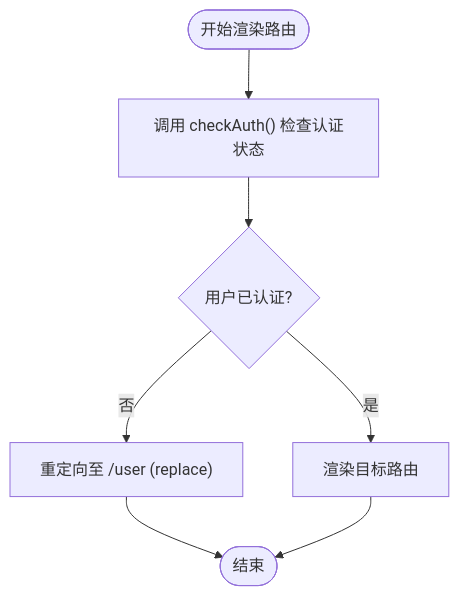
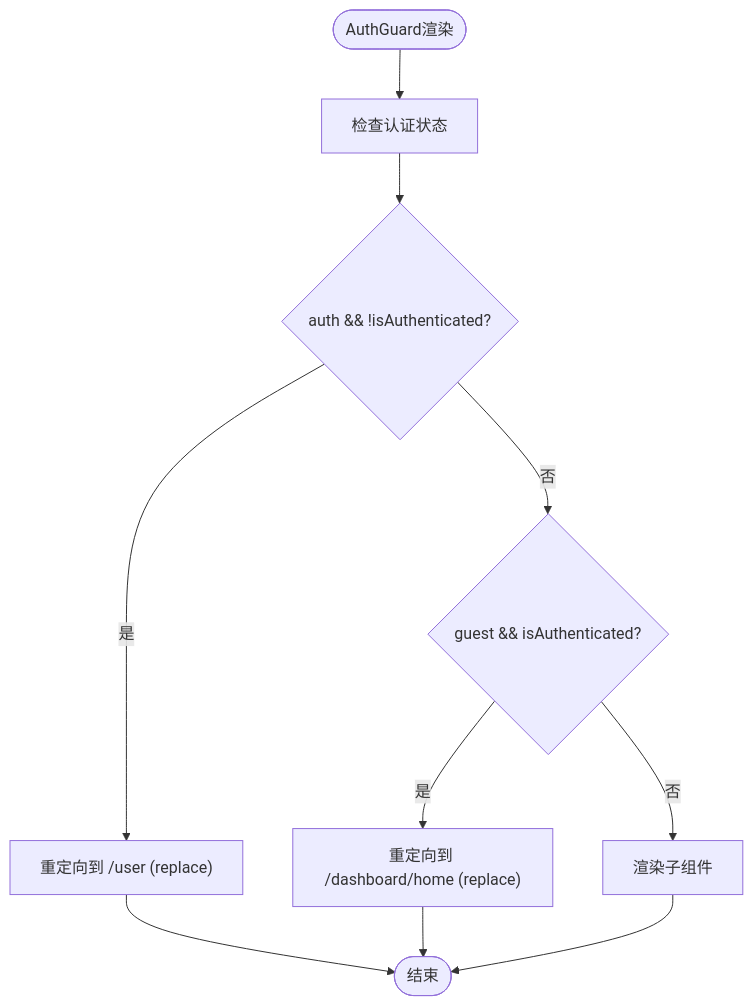
Before and after one commit to fengerzh/react-vscode-template: the first of 2 diagrams in .qoder/repowiki/zh/content/路由系统/权限控制机制.md, drawn with Mermaid. The commit also changed other lines of this file and 15 other files, not shown here.

````diff
--- a/.qoder/repowiki/zh/content/路由系统/权限控制机制.md
+++ b/.qoder/repowiki/zh/content/路由系统/权限控制机制.md
@@ -48,9 +44,12 @@
 ```mermaid
 flowchart TD
-Start([开始渲染路由]) --> CheckAuth["调用 checkAuth() 检查认证状态"]
-CheckAuth --> IsAuthenticated{"用户已认证?"}
-IsAuthenticated --> |否| RedirectLogin["重定向至 /user (replace)"]
-IsAuthenticated --> |是| RenderRoute["渲染目标路由"]
+Start([AuthGuard渲染]) --> CheckAuth["检查认证状态"]
+CheckAuth --> AuthCheck{"auth && !isAuthenticated?"}
+AuthCheck --> |是| RedirectLogin["重定向到 /user (replace)"]
+AuthCheck --> |否| GuestCheck{"guest && isAuthenticated?"}
+GuestCheck --> |是| RedirectHome["重定向到 /dashboard/home (replace)"]
+GuestCheck --> |否| RenderChildren["渲染子组件"]
 RedirectLogin --> End([结束])
-RenderRoute --> End
+RedirectHome --> End
+RenderChildren --> End
 ```
````
